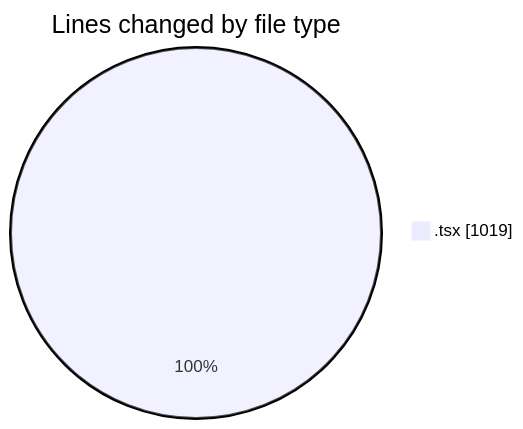
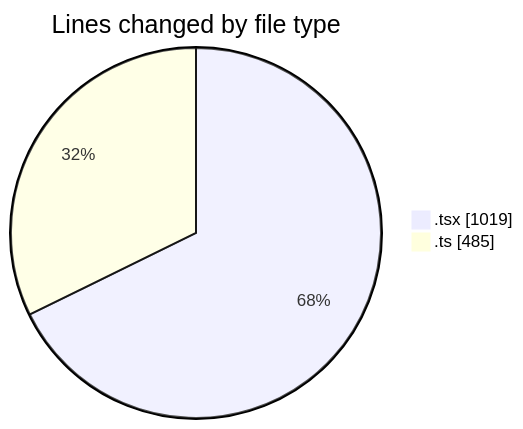
One commit to nxtqubesakshisongat/code-tracking changed the first of 2 diagrams in 2026-02-19/nxtqube_webapp/README.md. Above: the diagram before and after it, drawn with Mermaid. The commit also changed other lines of this file and 1 other file, not shown here.

````diff
--- a/2026-02-19/nxtqube_webapp/README.md
+++ b/2026-02-19/nxtqube_webapp/README.md
@@ -21,5 +22,6 @@
 ```mermaid
 pie showData
 title Lines changed by file type
 ".tsx" : 1019
+".ts" : 485
 ```
````
